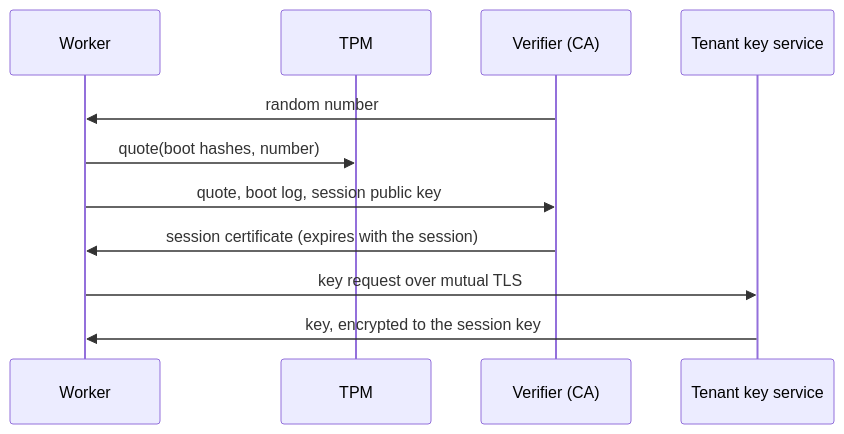
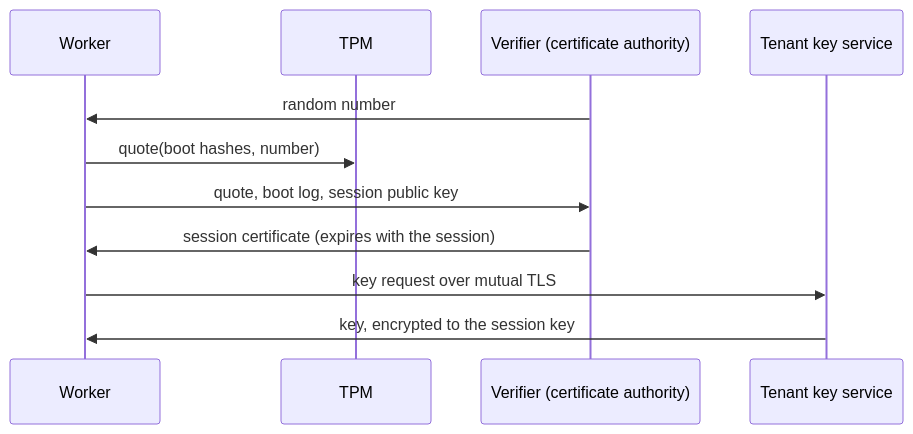
Before and after one commit to aalhadsawane/VOSS: the first of 4 diagrams in docs/explainer/voss-explained.md, drawn with Mermaid. The commit also changed other lines of this file, not shown here.

````diff
--- a/docs/explainer/voss-explained.md
+++ b/docs/explainer/voss-explained.md
@@ -114,13 +132,13 @@
 ```mermaid
 sequenceDiagram
   participant W as Worker
   participant T as TPM
-  participant V as Verifier (CA)
+  participant V as Verifier (certificate authority)
   participant K as Tenant key service
   V->>W: random number
   W->>T: quote(boot hashes, number)
   W->>V: quote, boot log, session public key
   V->>W: session certificate (expires with the session)
   W->>K: key request over mutual TLS
   K->>W: key, encrypted to the session key
 ```
````
